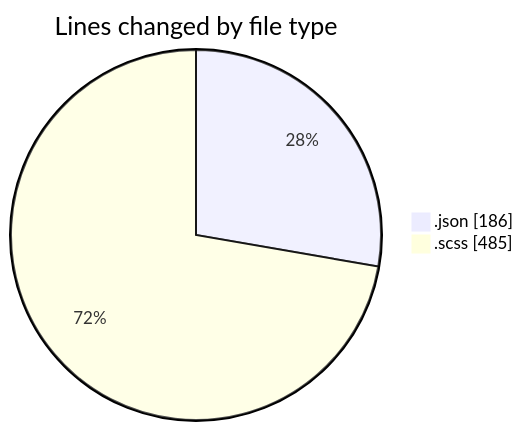
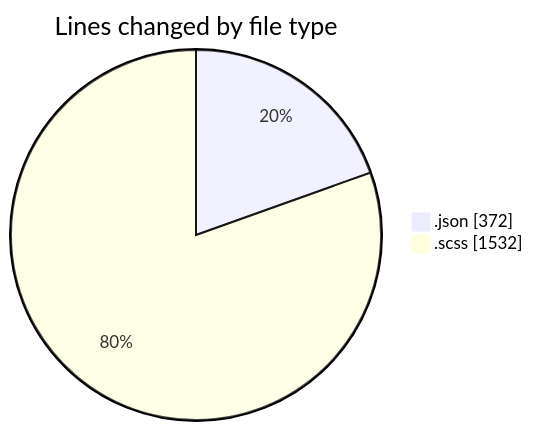
Before and after one commit to momahboobian/code-tracking: the first of 2 diagrams in 2026-08-11/cda/README.md, drawn with Mermaid. The commit also changed other lines of this file and 1 other file, not shown here.

````diff
--- a/2026-08-11/cda/README.md
+++ b/2026-08-11/cda/README.md
@@ -21,6 +23,6 @@
 ```mermaid
 pie showData
 title Lines changed by file type
-".json" : 186
-".scss" : 485
+".json" : 372
+".scss" : 1532
 ```
````
